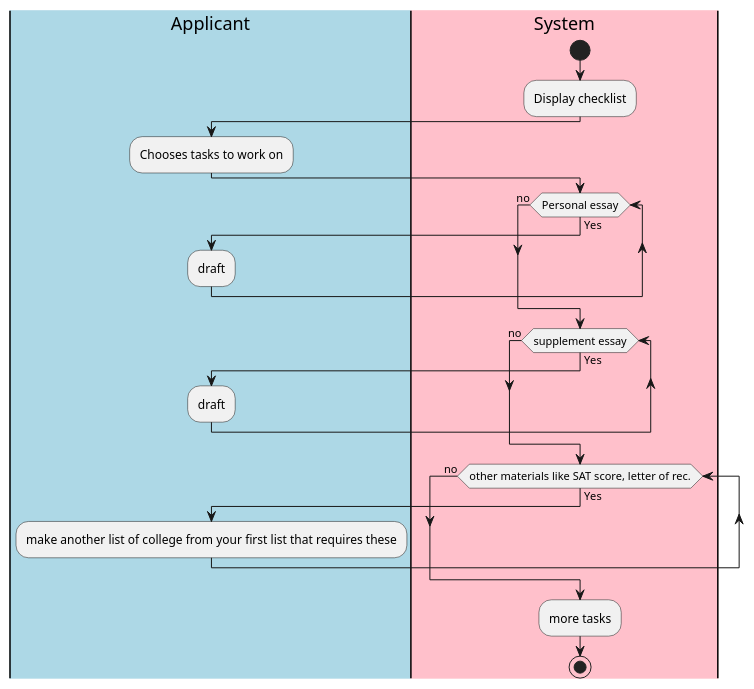
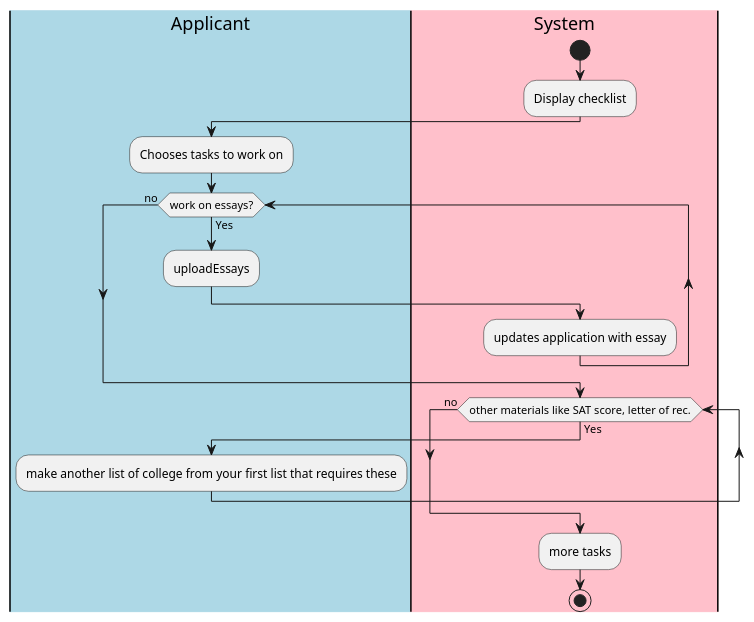
The diagram in intellij/doc/use-cases/prepareapplication.md (jlederer33/Essay-Review-App), drawn with PlantUML before and after one commit.

Commit message:
Edited prepareapplication use case

````diff
--- a/intellij/doc/use-cases/prepareapplication.md
+++ b/intellij/doc/use-cases/prepareapplication.md
@@ -14,33 +14,29 @@
 ```plantuml
 |#lightblue|Applicant|
 |#pink|System|
 
 |System|
 start
 :Display checklist;
 |Applicant|
 :Chooses tasks to work on;
+|Applicant|
+while (work on essays?) is (Yes)
+|Applicant|
+:uploadEssays;
 |System|
-while (Personal essay) is (Yes)
-|Applicant|
-:draft;
-|System|
-endwhile(no)
-while (supplement essay) is (Yes)
-|Applicant|
-:draft;
-|System|
+:updates application with essay;
 endwhile(no)
 while (other materials like SAT score, letter of rec.) is (Yes)
 |Applicant|
 :make another list of college from your first list that requires these;
 |System|
 endwhile(no)
 :more tasks;
 stop
 
 
 
 
 
 ```
````
